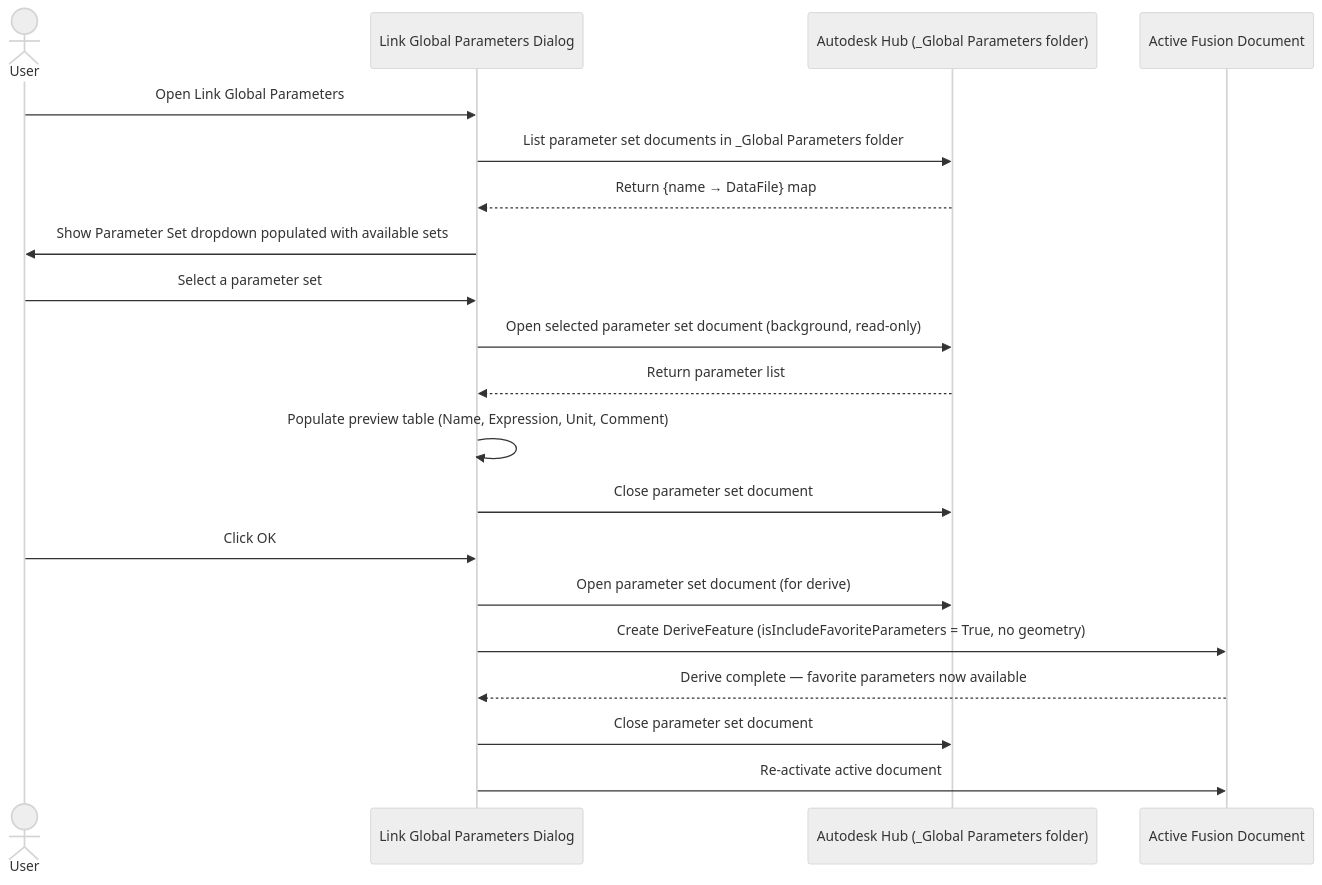
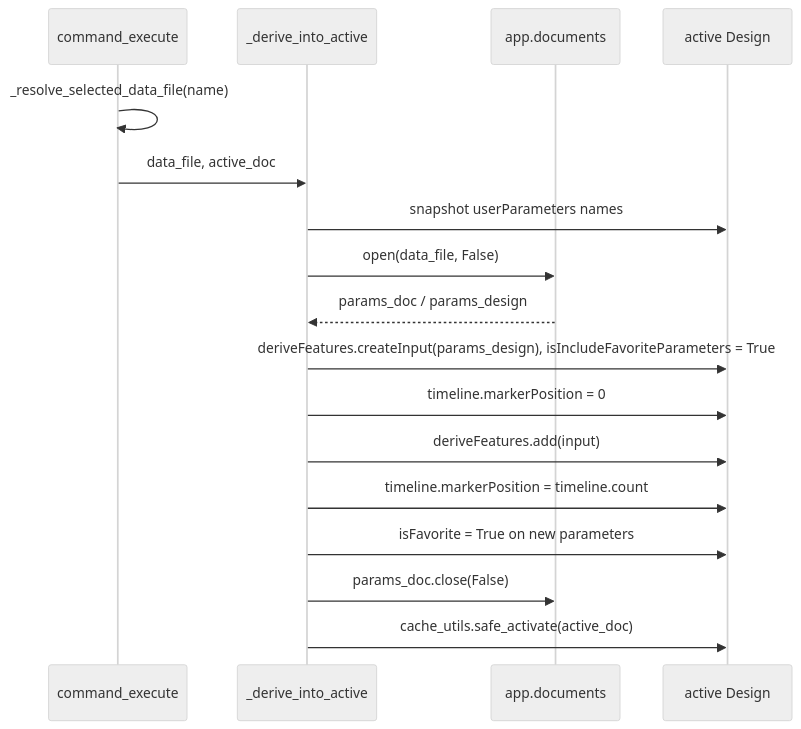
Before and after one commit to schneik80/PowerTools: the diagram in docs/arch/Link Global Parameters.md, drawn with Mermaid (neutral theme). The commit also changed other lines of this file and 69 other files, not shown here.

````diff
--- a/docs/arch/Link Global Parameters.md
+++ b/docs/arch/Link Global Parameters.md
@@ -127,23 +53,19 @@
 ```mermaid
 sequenceDiagram
-  actor User
-  participant Dialog as Link Global Parameters Dialog
-  participant Hub as Autodesk Hub (_Global Parameters folder)
-  participant ActiveDoc as Active Fusion Document
-
-  User->>Dialog: Open Link Global Parameters
-  Dialog->>Hub: List parameter set documents in _Global Parameters folder
-  Hub-->>Dialog: Return {name → DataFile} map
-  Dialog->>User: Show Parameter Set dropdown populated with available sets
-  User->>Dialog: Select a parameter set
-  Dialog->>Hub: Open selected parameter set document (background, read-only)
-  Hub-->>Dialog: Return parameter list
-  Dialog->>Dialog: Populate preview table (Name, Expression, Unit, Comment)
-  Dialog->>Hub: Close parameter set document
-  User->>Dialog: Click OK
-  Dialog->>Hub: Open parameter set document (for derive)
-  Dialog->>ActiveDoc: Create DeriveFeature (isIncludeFavoriteParameters = True, no geometry)
-  ActiveDoc-->>Dialog: Derive complete — favorite parameters now available
-  Dialog->>Hub: Close parameter set document
-  Dialog->>ActiveDoc: Re-activate active document
+  participant E as command_execute
+  participant D as _derive_into_active
+  participant Hub as app.documents
+  participant A as active Design
+  E->>E: _resolve_selected_data_file(name)
+  E->>D: data_file, active_doc
+  D->>A: snapshot userParameters names
+  D->>Hub: open(data_file, False)
+  Hub-->>D: params_doc / params_design
+  D->>A: deriveFeatures.createInput(params_design), isIncludeFavoriteParameters = True
+  D->>A: timeline.markerPosition = 0
+  D->>A: deriveFeatures.add(input)
+  D->>A: timeline.markerPosition = timeline.count
+  D->>A: isFavorite = True on new parameters
+  D->>Hub: params_doc.close(False)
+  D->>A: cache_utils.safe_activate(active_doc)
 ```
````
